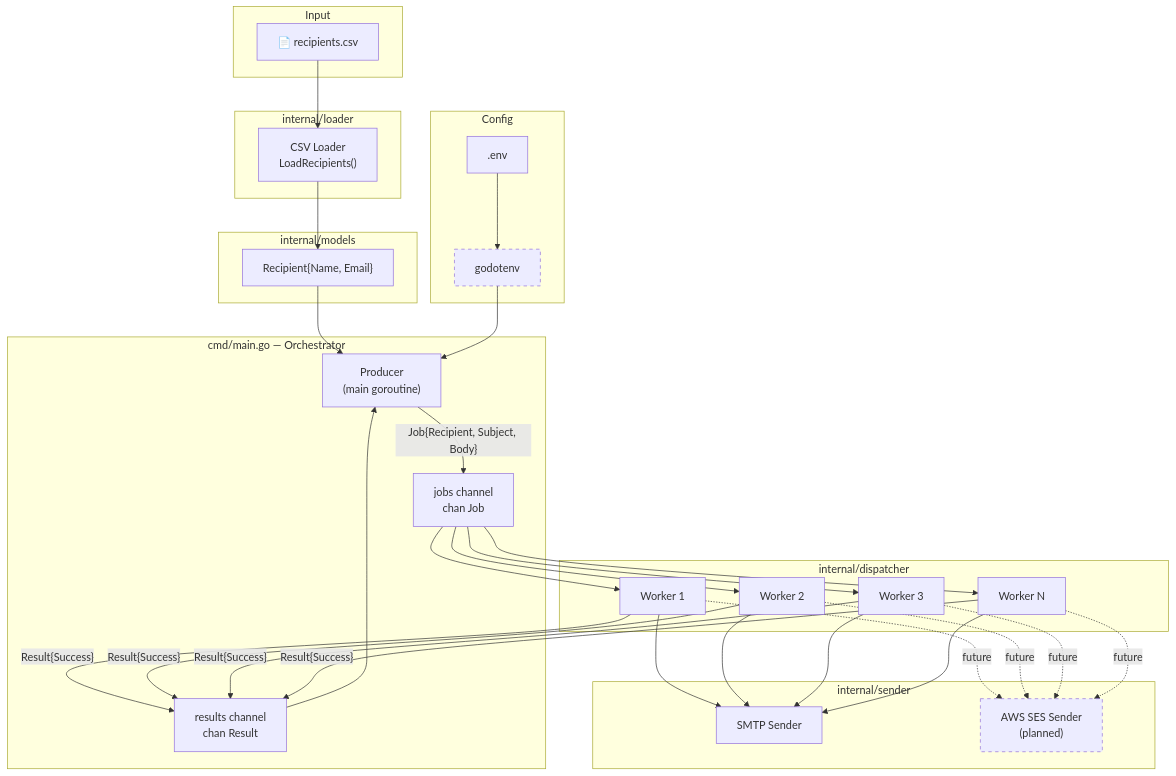
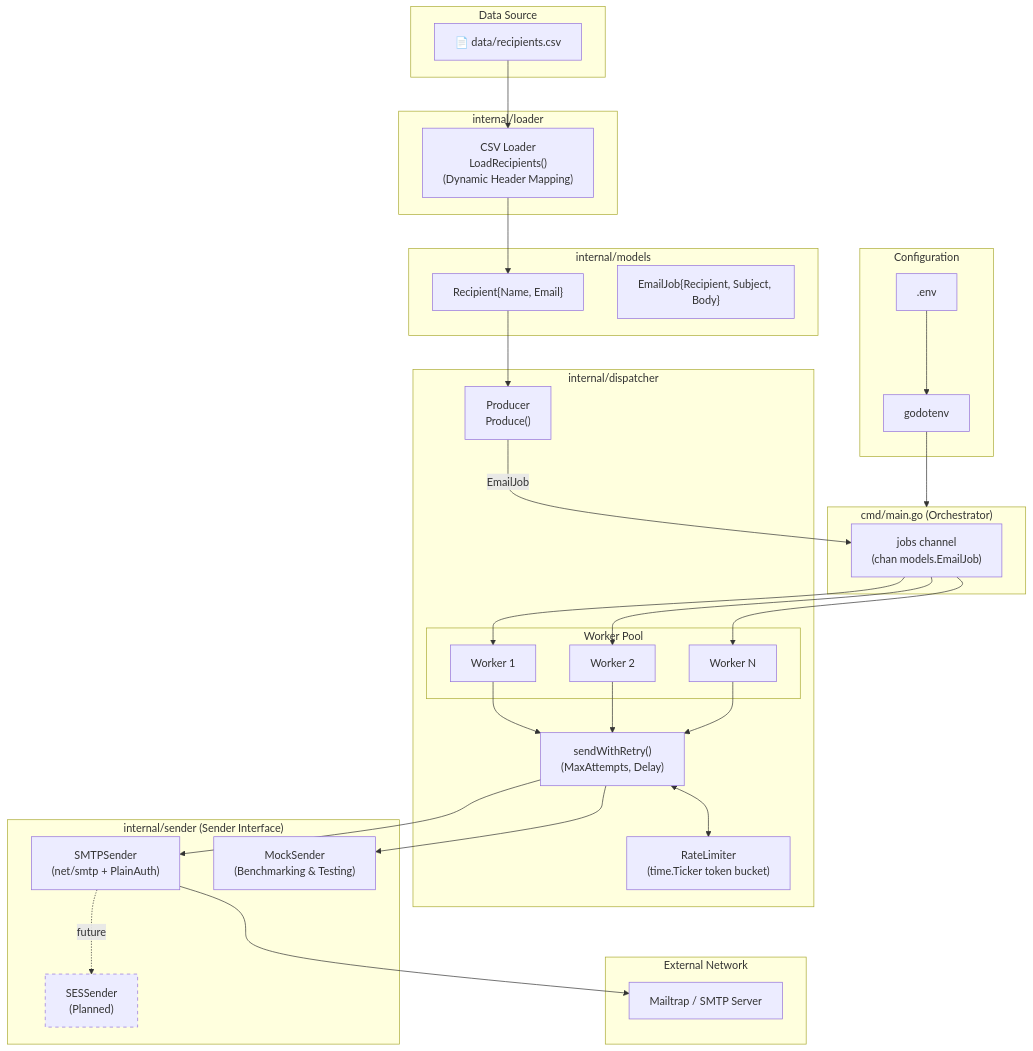
One commit to guptakartike/email-campaign-dispatcher changed the first of 2 diagrams in docs/ARCHITECTURE.md. Above: the diagram before and after it, drawn with Mermaid. The commit also changed other lines of this file and 3 other files, not shown here.

Commit message:
docs: update documentation to reflect rate limiter, mock sender, and benchmark suite

````diff
--- a/docs/ARCHITECTURE.md
+++ b/docs/ARCHITECTURE.md
@@ -13,52 +13,62 @@
 ```mermaid
 graph TB
-    subgraph Input
-        CSV["📄 recipients.csv"]
+    subgraph Input["Data Source"]
+        CSV["📄 data/recipients.csv"]
     end
 
     subgraph Loader["internal/loader"]
-        CSVLoader["CSV Loader<br/>LoadRecipients()"]
+        CSVLoader["CSV Loader<br/>LoadRecipients()<br/>(Dynamic Header Mapping)"]
     end
 
     subgraph Models["internal/models"]
         Recipient["Recipient{Name, Email}"]
+        EmailJob["EmailJob{Recipient, Subject, Body}"]
     end
 
-    subgraph Core["cmd/main.go — Orchestrator"]
-        Producer["Producer<br/>(main goroutine)"]
-        JobsChan["jobs channel<br/>chan Job"]
-        ResultsChan["results channel<br/>chan Result"]
-    end
-
-    subgraph Dispatcher["internal/dispatcher"]
-        W1["Worker 1"]
-        W2["Worker 2"]
-        W3["Worker 3"]
-        WN["Worker N"]
-    end
-
-    subgraph Sender["internal/sender"]
-        SMTP["SMTP Sender"]
-        SES["AWS SES Sender<br/>(planned)"]
-    end
-
-    subgraph Config
+    subgraph Config["Configuration"]
         ENV[".env"]
         GoDotEnv["godotenv"]
     end
 
+    subgraph Orchestrator["cmd/main.go (Orchestrator)"]
+        JobsChan["jobs channel<br/>(chan models.EmailJob)"]
+    end
+
+    subgraph Dispatcher["internal/dispatcher"]
+        Producer["Producer<br/>Produce()"]
+        Limiter["RateLimiter<br/>(time.Ticker token bucket)"]
+        
+        subgraph WorkerPool["Worker Pool"]
+            W1["Worker 1"]
+            W2["Worker 2"]
+            WN["Worker N"]
+        end
+        
+        Retry["sendWithRetry()<br/>(MaxAttempts, Delay)"]
+    end
+
+    subgraph Sender["internal/sender (Sender Interface)"]
+        SMTPSender["SMTPSender<br/>(net/smtp + PlainAuth)"]
+        MockSender["MockSender<br/>(Benchmarking & Testing)"]
+        SES["SESSender<br/>(Planned)"]
+    end
+
+    subgraph External["External Network"]
+        Mailtrap["Mailtrap / SMTP Server"]
+    end
+
     CSV --> CSVLoader
     CSVLoader --> Recipient
+    ENV --> GoDotEnv --> Orchestrator
     Recipient --> Producer
-    ENV --> GoDotEnv --> Producer
+    Producer -->|"EmailJob"| JobsChan
 
-    Producer -->|"Job{Recipient, Subject, Body}"| JobsChan
-    JobsChan --> W1 & W2 & W3 & WN
-    W1 & W2 & W3 & WN -->|"Result{Success}"| ResultsChan
-    W1 & W2 & W3 & WN --> SMTP
-    W1 & W2 & W3 & WN -.->|"future"| SES
-    ResultsChan --> Producer
+    JobsChan --> W1 & W2 & WN
+    W1 & W2 & WN --> Retry
+    Retry <--> Limiter
+    Retry --> SMTPSender & MockSender
+    SMTPSender --> Mailtrap
+    SMTPSender -.->|"future"| SES
 
     style SES stroke-dasharray: 5 5
-    style GoDotEnv stroke-dasharray: 5 5
 ```
````
